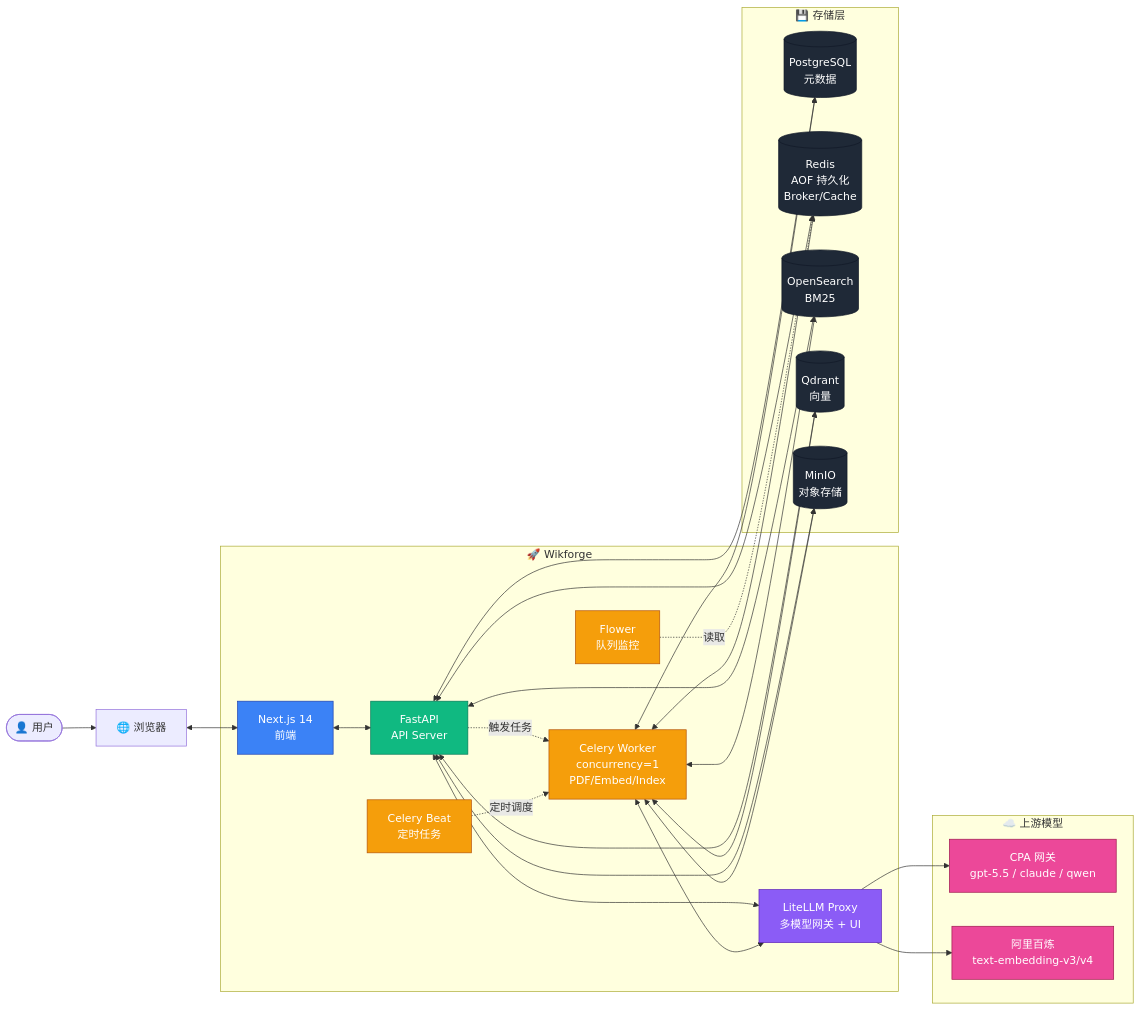
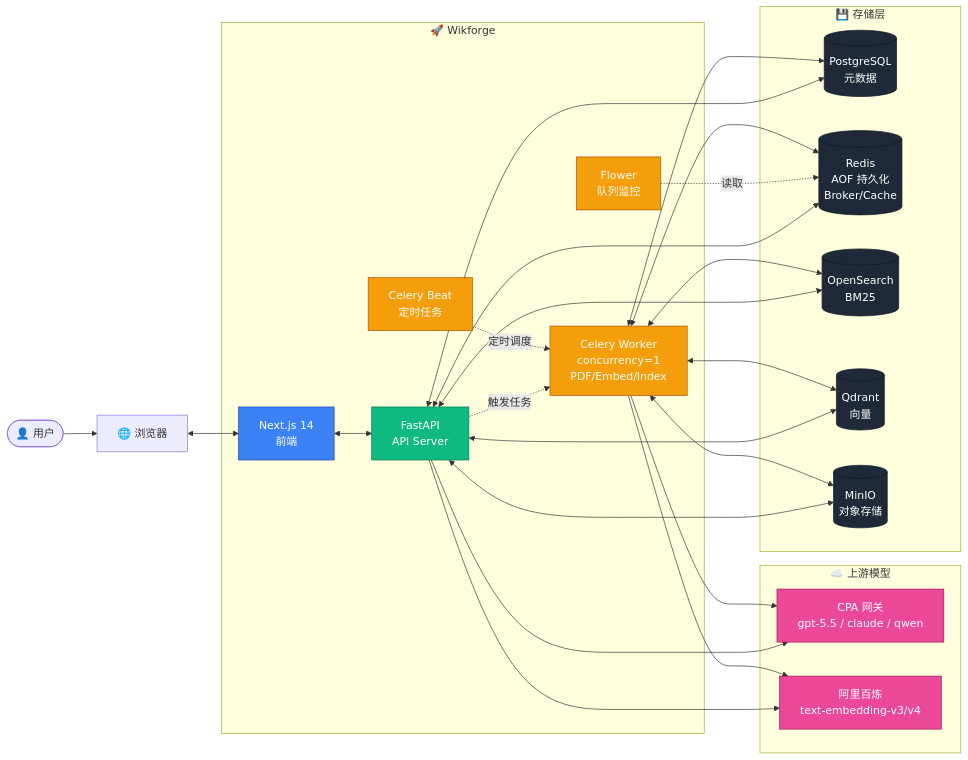
The first of 3 diagrams in README.md (zxsoul/wikforge-main), drawn with Mermaid before and after one commit. The commit also changed other lines of this file and 5 other files, not shown here.

````diff
--- a/README.md
+++ b/README.md
@@ -86,51 +83,50 @@
 ```mermaid
 flowchart LR
     User([👤 用户])
     Browser[🌐 浏览器]
 
     subgraph Wikforge["🚀 Wikforge"]
         FE[Next.js 14<br/>前端]
         API[FastAPI<br/>API Server]
         Worker[Celery Worker<br/>concurrency=1<br/>PDF/Embed/Index]
         Beat[Celery Beat<br/>定时任务]
         Flower[Flower<br/>队列监控]
-        LiteLLM[LiteLLM Proxy<br/>多模型网关 + UI]
     end
 
     subgraph Storage["💾 存储层"]
         PG[(PostgreSQL<br/>元数据)]
         Redis[(Redis<br/>AOF 持久化<br/>Broker/Cache)]
         OS[(OpenSearch<br/>BM25)]
         QD[(Qdrant<br/>向量)]
         MinIO[(MinIO<br/>对象存储)]
     end
 
     subgraph Upstream["☁️ 上游模型"]
         CPA[CPA 网关<br/>gpt-5.5 / claude / qwen]
         DS[阿里百炼<br/>text-embedding-v3/v4]
     end
 
     User --> Browser
     Browser <--> FE
     FE <--> API
-    API <--> PG & Redis & OS & QD & MinIO & LiteLLM
+    API <--> PG & Redis & OS & QD & MinIO
     API -.触发任务.-> Worker
     Beat -.定时调度.-> Worker
     Flower -.读取.-> Redis
-    Worker <--> PG & Redis & OS & QD & MinIO & LiteLLM
-    LiteLLM --> CPA & DS
+    Worker <--> PG & Redis & OS & QD & MinIO
+    API --> CPA & DS
+    Worker --> CPA & DS
 
     classDef fe fill:#3B82F6,stroke:#1E40AF,color:#fff
     classDef api fill:#10B981,stroke:#047857,color:#fff
     classDef worker fill:#F59E0B,stroke:#B45309,color:#fff
     classDef llm fill:#8B5CF6,stroke:#5B21B6,color:#fff
     classDef store fill:#1F2937,stroke:#111827,color:#fff
     classDef upstream fill:#EC4899,stroke:#9D174D,color:#fff
 
     class FE fe
     class API api
     class Worker,Beat,Flower worker
-    class LiteLLM llm
     class PG,Redis,OS,QD,MinIO store
     class CPA,DS upstream
 ```
````
